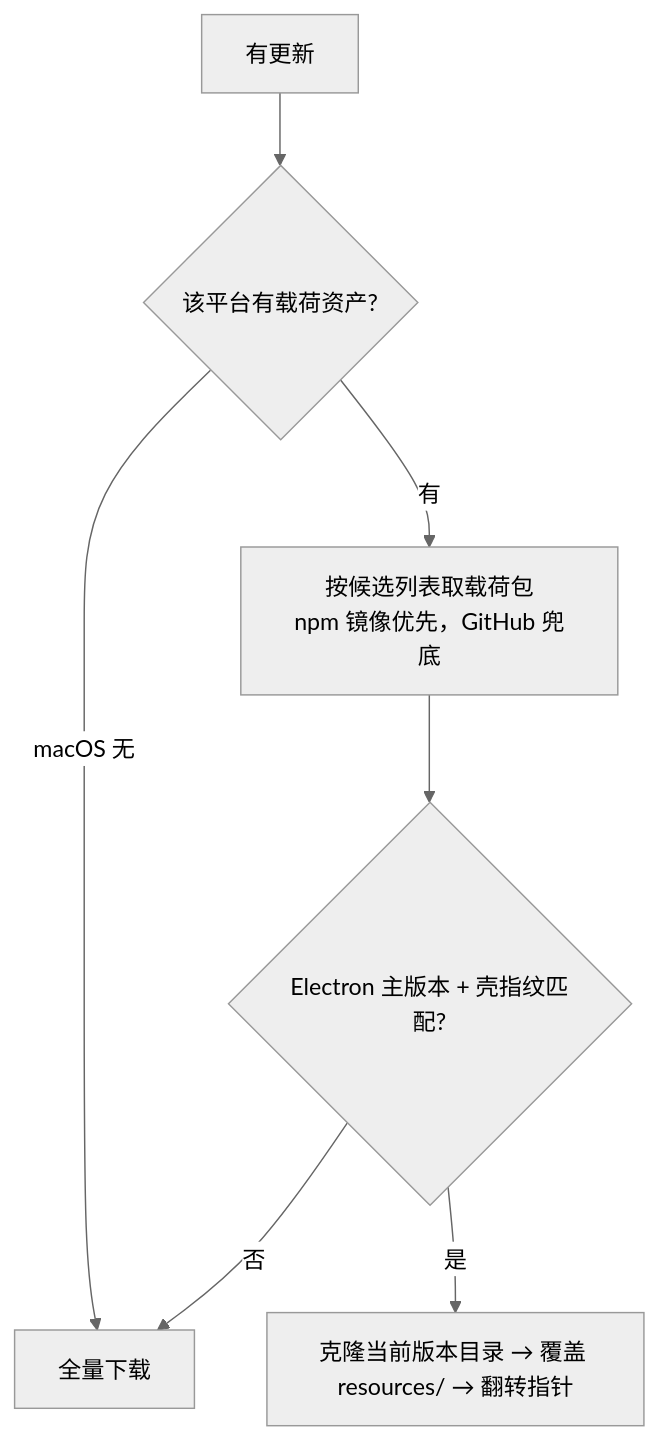
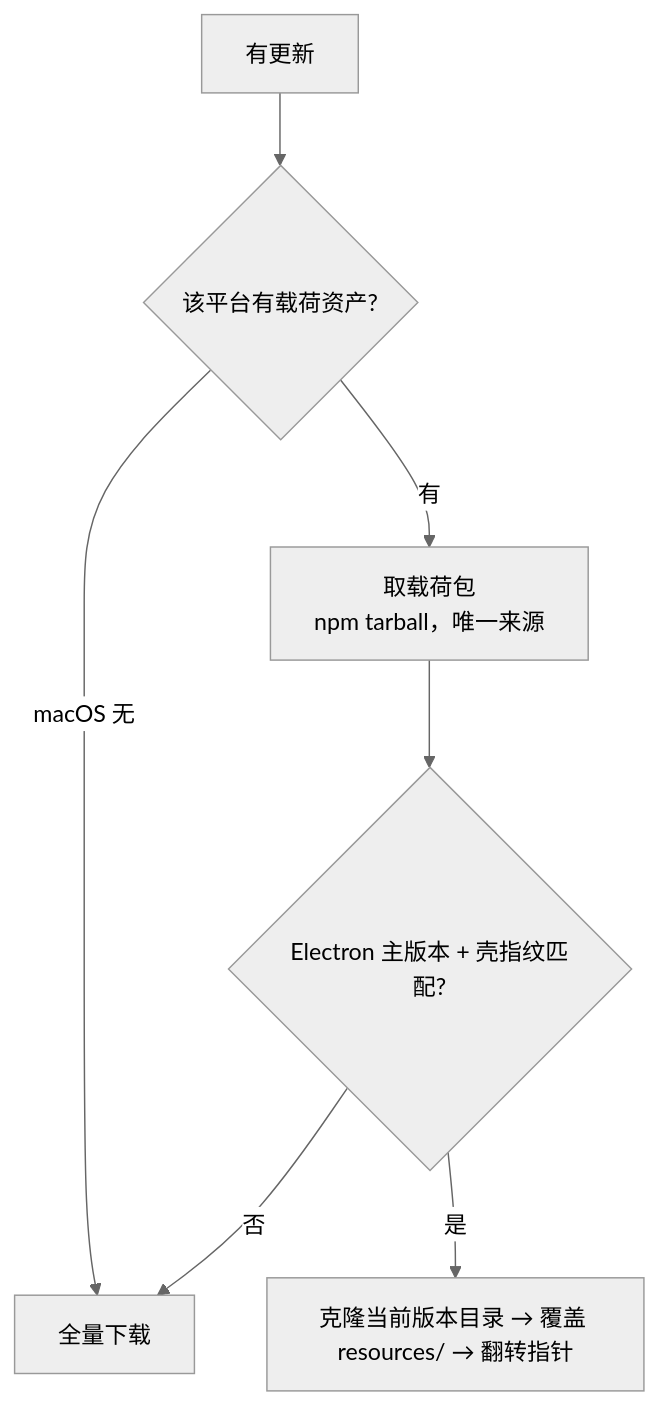
Before and after one commit to clawbench-dev/clawbench: the fifth of 5 diagrams in docs/spec/client/desktop-client.md, drawn with Mermaid (neutral theme). The commit also changed other lines of this file and 2 other files, not shown here.

````diff
--- a/docs/spec/client/desktop-client.md
+++ b/docs/spec/client/desktop-client.md
@@ -105,9 +105,9 @@
 ```mermaid
 flowchart TD
     A[有更新] --> B{该平台有载荷资产?}
     B -->|macOS 无| F[全量下载]
-    B -->|有| C[按候选列表取载荷包<br/>npm 镜像优先，GitHub 兜底]
+    B -->|有| C[取载荷包<br/>npm tarball，唯一来源]
     C --> D{Electron 主版本 + 壳指纹匹配?}
     D -->|否| F
     D -->|是| E[克隆当前版本目录 → 覆盖 resources/ → 翻转指针]
 ```
````
